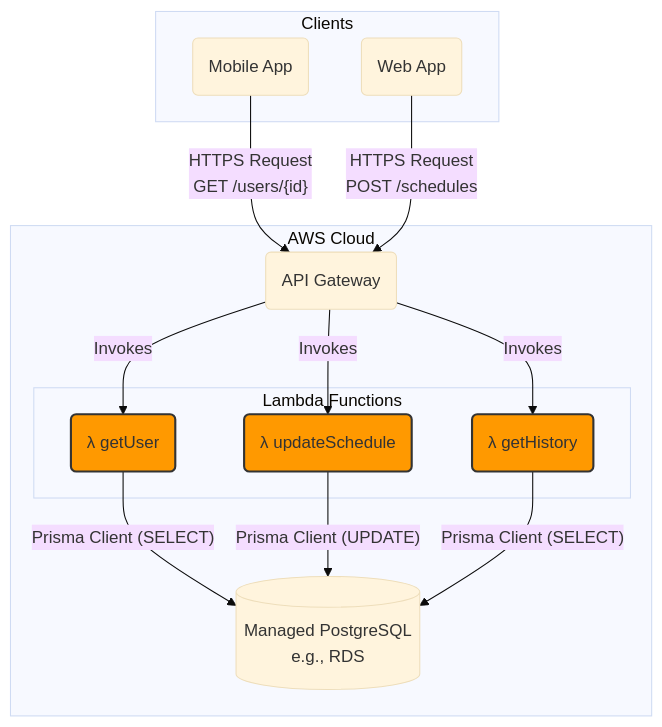
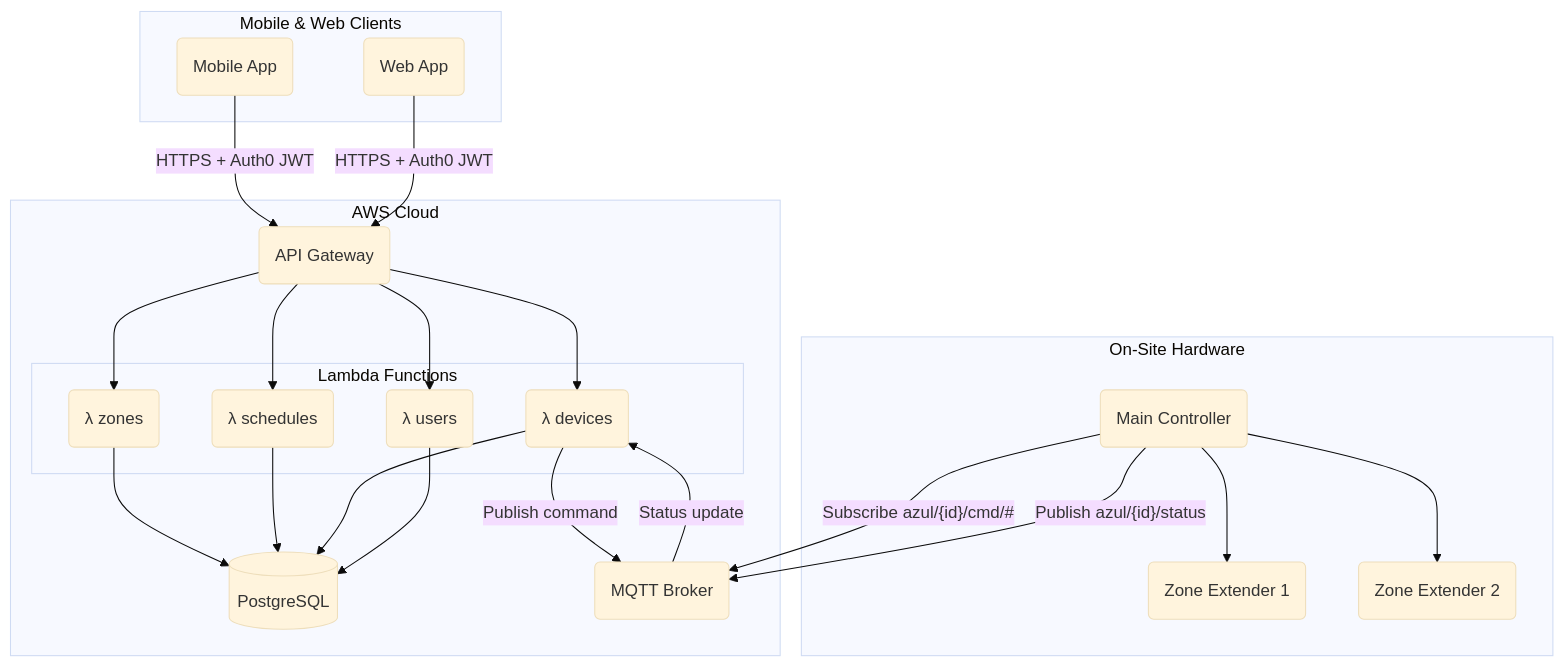
One commit to mitchellch/azul-v2 changed the diagram in docs/design/cloud-api-architecture.md. Above: the diagram before and after it, drawn with Mermaid (base theme). The commit also changed other lines of this file, not shown here.

Commit message:
docs: expand cloud architecture with Terraform strategy, MQTT protocol, dev/prod stack

````diff
--- a/docs/design/cloud-api-architecture.md
+++ b/docs/design/cloud-api-architecture.md
@@ -22,37 +80,42 @@
 ```mermaid
 graph TD
-    subgraph "Clients"
-        Mobile_App(Mobile App)
-        WebApp(Web App)
+    subgraph "Mobile & Web Clients"
+        Mobile(Mobile App)
+        Web(Web App)
     end
 
     subgraph "AWS Cloud"
         API_GW(API Gateway)
-        
         subgraph "Lambda Functions"
-            Lambda_GetUser(λ getUser)
-            Lambda_UpdateSchedule(λ updateSchedule)
-            Lambda_GetHistory(λ getHistory)
+            L1(λ zones)
+            L2(λ schedules)
+            L3(λ devices)
+            L4(λ users)
         end
-
-        DB[(Managed PostgreSQL<br>e.g., RDS)]
+        DB[(PostgreSQL)]
+        MQTT(MQTT Broker)
     end
 
-    %% Client to API Gateway
-    Mobile_App -- "HTTPS Request<br>GET /users/{id}" --> API_GW
-    WebApp -- "HTTPS Request<br>POST /schedules" --> API_GW
+    subgraph "On-Site Hardware"
+        MC(Main Controller)
+        ZE1(Zone Extender 1)
+        ZE2(Zone Extender 2)
+    end
 
-    %% API Gateway to Lambdas
-    API_GW -- "Invokes" --> Lambda_GetUser
-    API_GW -- "Invokes" --> Lambda_UpdateSchedule
-    API_GW -- "Invokes" --> Lambda_GetHistory
-
-    %% Lambdas to Database
-    Lambda_GetUser -- "Prisma Client (SELECT)" --> DB
-    Lambda_UpdateSchedule -- "Prisma Client (UPDATE)" --> DB
-    Lambda_GetHistory -- "Prisma Client (SELECT)" --> DB
-
-    %% Styling
-    classDef lambda fill:#FF9900,stroke:#333,stroke-width:2px;
-    class Lambda_GetUser,Lambda_UpdateSchedule,Lambda_GetHistory lambda;
+    Mobile -- "HTTPS + Auth0 JWT" --> API_GW
+    Web -- "HTTPS + Auth0 JWT" --> API_GW
+    API_GW --> L1
+    API_GW --> L2
+    API_GW --> L3
+    API_GW --> L4
+    L1 --> DB
+    L2 --> DB
+    L3 --> DB
+    L4 --> DB
+    L3 -- "Publish command" --> MQTT
+    MC -- "Subscribe azul/{id}/cmd/#" --> MQTT
+    MC -- "Publish azul/{id}/status" --> MQTT
+    MQTT -- "Status update" --> L3
+    MC --> ZE1
+    MC --> ZE2
 ```
````
